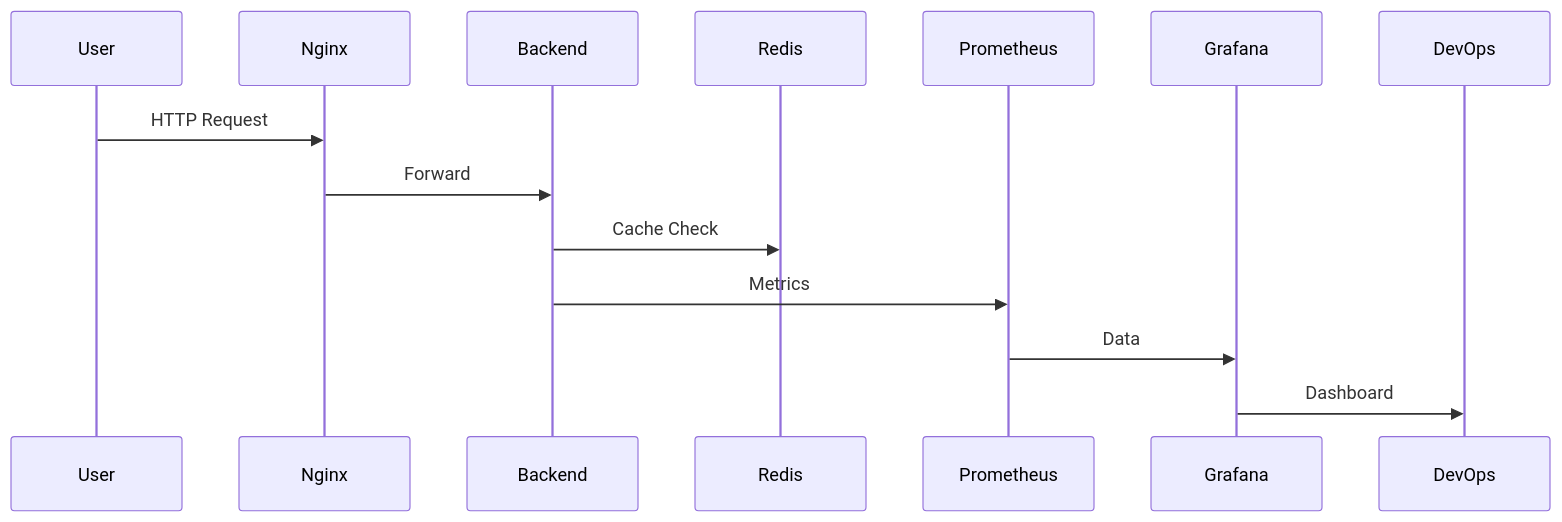
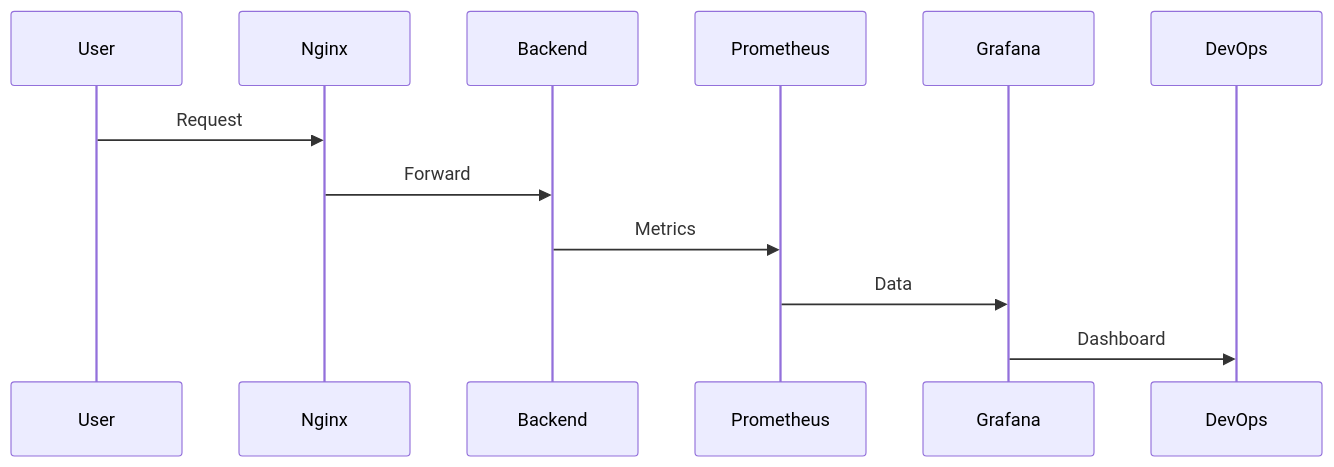
Before and after one commit to arkantandel/docker-: the second of 2 diagrams in README.md, drawn with Mermaid. The commit also changed other lines of this file, not shown here.

````diff
--- a/README.md
+++ b/README.md
@@ -78,16 +65,14 @@
 ```mermaid
 sequenceDiagram
     participant User
     participant Nginx
     participant Backend
-    participant Redis
     participant Prometheus
     participant Grafana
 
-    User->>Nginx: HTTP Request
+    User->>Nginx: Request
     Nginx->>Backend: Forward
-    Backend->>Redis: Cache Check
     Backend->>Prometheus: Metrics
     Prometheus->>Grafana: Data
     Grafana->>DevOps: Dashboard
 ```
````
